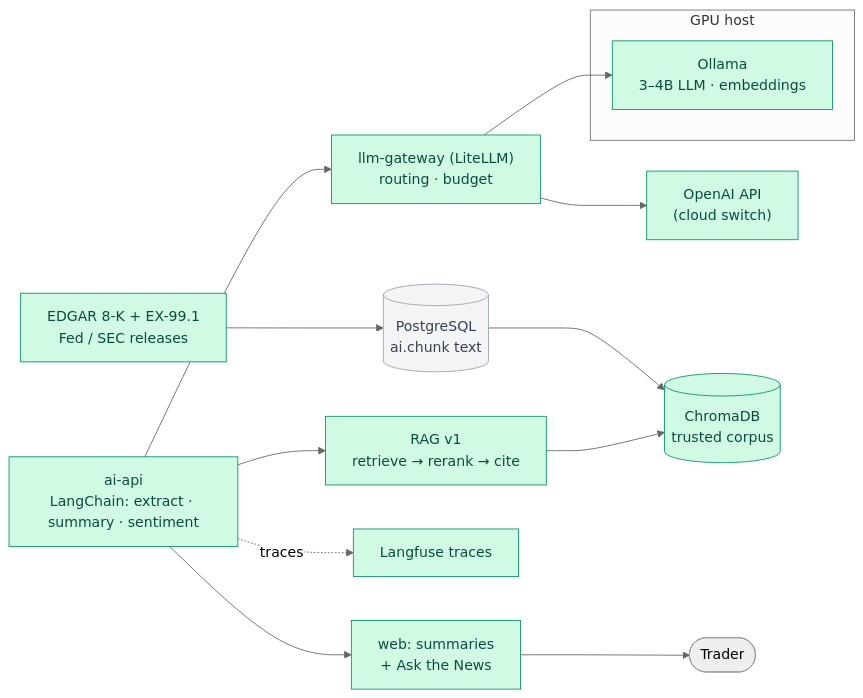
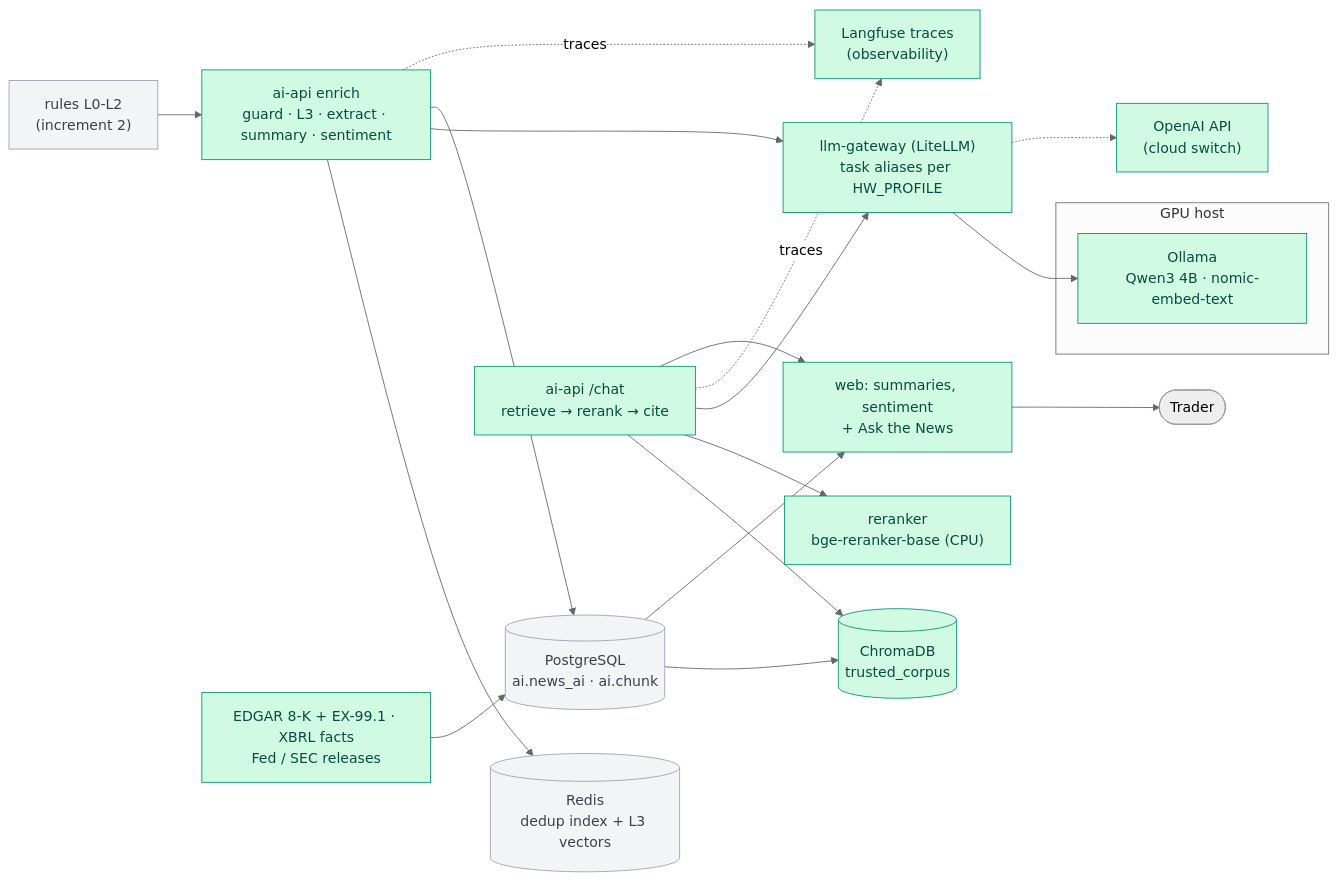
The fourth of 7 diagrams in README.md (tomjnet/premarket-ai), drawn with Mermaid (neutral theme) before and after one commit. The commit also changed other lines of this file and 113 other files, not shown here.

````diff
--- a/README.md
+++ b/README.md
@@ -298,27 +303,37 @@
 ```mermaid
 flowchart LR
   classDef new fill:#d1fae5,stroke:#059669,color:#064e3b
   classDef old fill:#f3f4f6,stroke:#9ca3af,color:#374151
 
   subgraph GPU["GPU host"]
-    OL["Ollama<br/>3–4B LLM · embeddings"]:::new
+    OL["Ollama<br/>Qwen3 4B · nomic-embed-text"]:::new
   end
   OAI["OpenAI API<br/>(cloud switch)"]:::new
-  GW["llm-gateway (LiteLLM)<br/>routing · budget"]:::new
-  API["ai-api<br/>LangChain: extract · summary · sentiment"]:::new
-  RAG["RAG v1<br/>retrieve → rerank → cite"]:::new
-  CH[("ChromaDB<br/>trusted corpus")]:::new
-  CORP["EDGAR 8-K + EX-99.1<br/>Fed / SEC releases"]:::new
-  PG[("PostgreSQL<br/>ai.chunk text")]:::old
-  LF["Langfuse traces"]:::new
-  WEB["web: summaries<br/>+ Ask the News"]:::new
+  GW["llm-gateway (LiteLLM)<br/>task aliases per HW_PROFILE"]:::new
+  RULES["rules L0-L2<br/>(increment 2)"]:::old
+  ENR["ai-api enrich<br/>guard · L3 · extract · summary · sentiment"]:::new
+  RD[("Redis<br/>dedup index + L3 vectors")]:::old
+  CORP["EDGAR 8-K + EX-99.1 · XBRL facts<br/>Fed / SEC releases"]:::new
+  PG[("PostgreSQL<br/>ai.news_ai · ai.chunk")]:::old
+  CH[("ChromaDB<br/>trusted_corpus")]:::new
+  RR["reranker<br/>bge-reranker-base (CPU)"]:::new
+  ASK["ai-api /chat<br/>retrieve → rerank → cite"]:::new
+  LF["Langfuse traces<br/>(observability)"]:::new
+  WEB["web: summaries, sentiment<br/>+ Ask the News"]:::new
   T(["Trader"])
 
+  RULES --> ENR
+  ENR --> RD
+  ENR --> GW
+  GW --> OL
+  GW -.-> OAI
+  ENR --> PG
   CORP --> PG --> CH
-  API --> GW
-  GW --> OL
-  GW --> OAI
-  API --> RAG --> CH
-  API -. traces .-> LF
-  API --> WEB --> T
+  ASK --> CH
+  ASK --> RR
+  ASK --> GW
+  ENR -. traces .-> LF
+  ASK -. traces .-> LF
+  PG --> WEB
+  ASK --> WEB --> T
 ```
````
